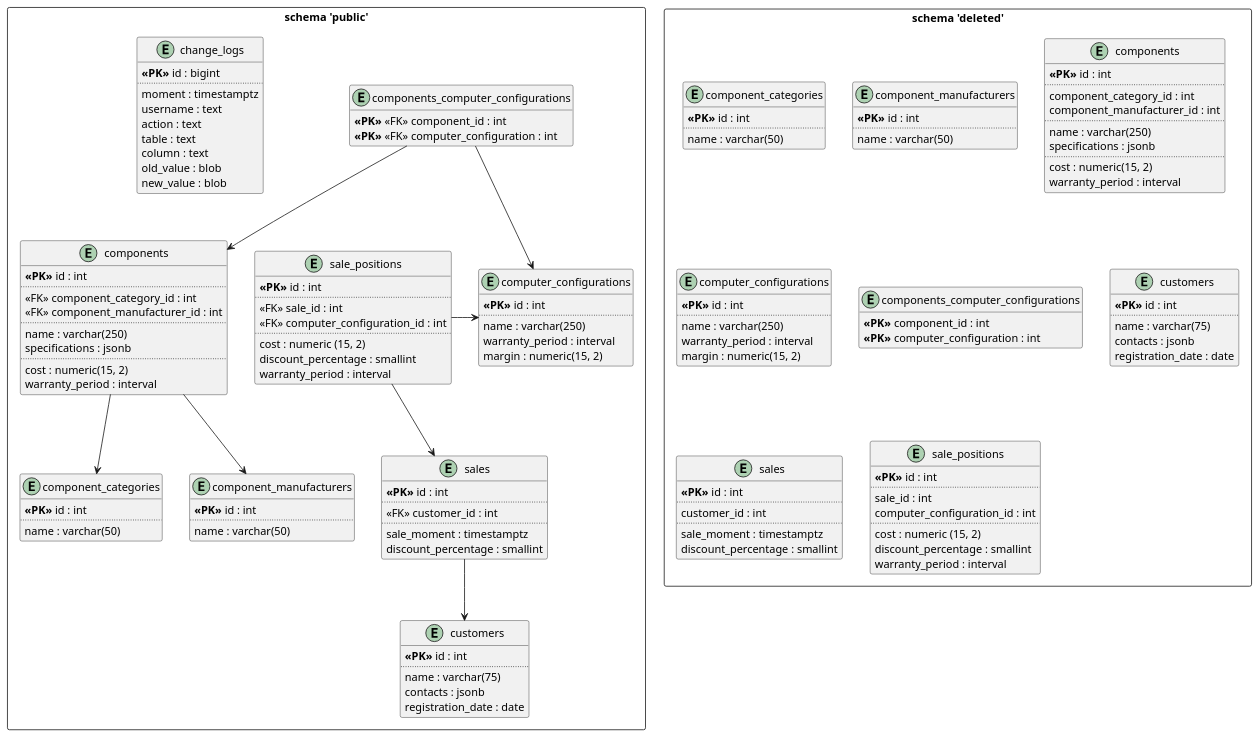
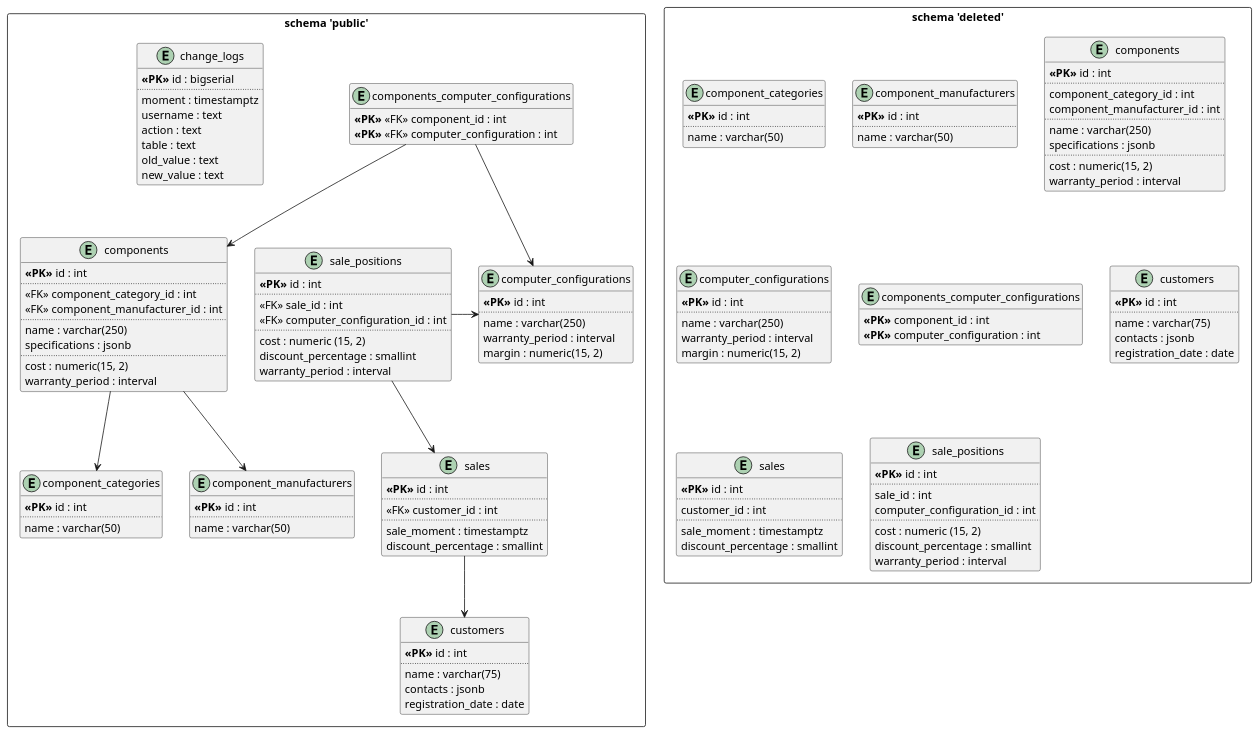
The diagram in doc/diagrams/db.puml (vany152/computer-equipment-ms), drawn with PlantUML before and after one commit.

Commit message:
change some types in change_logs table

```diff
--- a/doc/diagrams/db.puml
+++ b/doc/diagrams/db.puml
@@ -1,161 +1,160 @@
 @startuml
 'https://plantuml.com/class-diagram
 
 hide methods
 
 rectangle "schema 'public'" as public {
     entity "component_categories" as public_component_categories {
         <b><<PK>></b> id : int
         ..
         name : varchar(50)
     }
     
     entity "component_manufacturers" as public_component_manufacturers {
         <b><<PK>></b> id : int
         ..
         name : varchar(50)
     }
     
     entity "components" as public_components {
         <b><<PK>></b> id : int
         ..
         <<FK>> component_category_id : int
         <<FK>> component_manufacturer_id : int
         ..
         name : varchar(250)
         specifications : jsonb
         ..
         cost : numeric(15, 2)
         warranty_period : interval
     }
     public_components --> public_component_categories
     public_components --> public_component_manufacturers
     
     entity "computer_configurations" as public_computer_configurations {
         <b><<PK>></b> id : int
         ..
         name : varchar(250)
         warranty_period : interval
         margin : numeric(15, 2)
     }
     
     entity "components_computer_configurations" as public_components_computer_configurations {
         <b><<PK>></b> <<FK>> component_id : int
         <b><<PK>></b> <<FK>> computer_configuration : int
     }
     public_components_computer_configurations --> public_components
     public_components_computer_configurations --> public_computer_configurations
     
     entity "customers" as public_customers {
         <b><<PK>></b> id : int
         ..
         name : varchar(75)
         contacts : jsonb
         registration_date : date
     }
     
     entity "sales" as public_sales {
         <b><<PK>></b> id : int
         ..
         <<FK>> customer_id : int
         ..
         sale_moment : timestamptz
         discount_percentage : smallint
     } 
     public_sales --> public_customers
     
     entity "sale_positions" as public_sale_positions {
         <b><<PK>></b> id : int
         ..
         <<FK>> sale_id : int
         <<FK>> computer_configuration_id : int
         ..
         cost : numeric (15, 2)
         discount_percentage : smallint
         warranty_period : interval
     }
     public_sale_positions --> public_sales
     public_sale_positions -right-> public_computer_configurations
     
     entity "change_logs" as public_change_logs {
-        <b><<PK>></b> id : bigint
+        <b><<PK>></b> id : bigserial
         ..
         moment : timestamptz
         username : text
         action : text
         table : text
-        column : text
-        old_value : blob
-        new_value : blob
+        old_value : text
+        new_value : text
     }
 }
 
 rectangle "schema 'deleted'" as deleted {
     entity "component_categories" as deleted_component_categories {
         <b><<PK>></b> id : int
         ..
         name : varchar(50)
     }
     
     entity "component_manufacturers" as deleted_component_manufacturers {
         <b><<PK>></b> id : int
         ..
         name : varchar(50)
     }
     
     entity "components" as deleted_components {
         <b><<PK>></b> id : int
         ..
         component_category_id : int
         component_manufacturer_id : int
         ..
         name : varchar(250)
         specifications : jsonb
         ..
         cost : numeric(15, 2)
         warranty_period : interval
     }
     
     entity "computer_configurations" as deleted_computer_configurations {
         <b><<PK>></b> id : int
         ..
         name : varchar(250)
         warranty_period : interval
         margin : numeric(15, 2)
     }
     
     entity "components_computer_configurations" as deleted_components_computer_configurations {
         <b><<PK>></b> component_id : int
         <b><<PK>></b> computer_configuration : int
     }
     
     entity "customers" as deleted_customers {
         <b><<PK>></b> id : int
         ..
         name : varchar(75)
         contacts : jsonb
         registration_date : date
     }
     
     entity "sales" as deleted_sales {
         <b><<PK>></b> id : int
         ..
         customer_id : int
         ..
         sale_moment : timestamptz
         discount_percentage : smallint
     } 
     
     entity "sale_positions" as deleted_sale_positions {
         <b><<PK>></b> id : int
         ..
         sale_id : int
         computer_configuration_id : int
         ..
         cost : numeric (15, 2)
         discount_percentage : smallint
         warranty_period : interval
     }
 }
 
 @enduml
```
